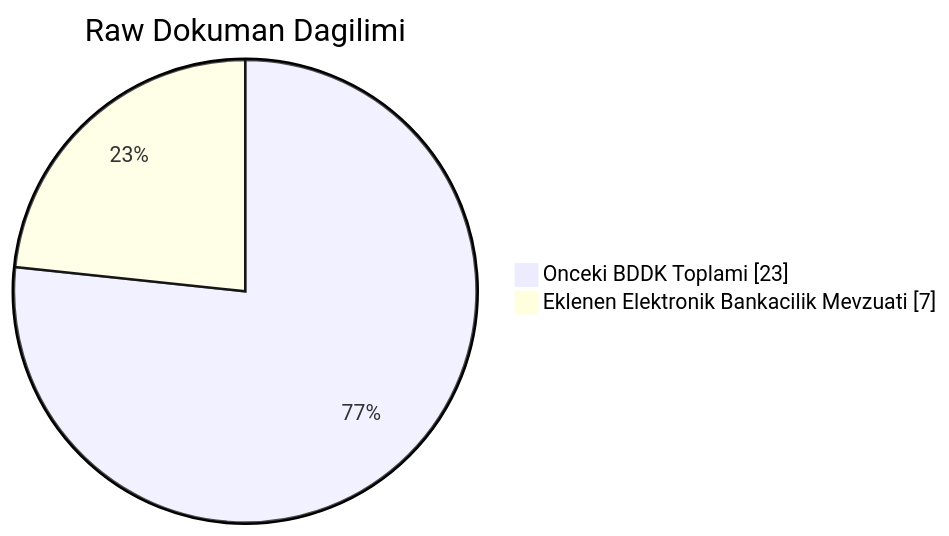
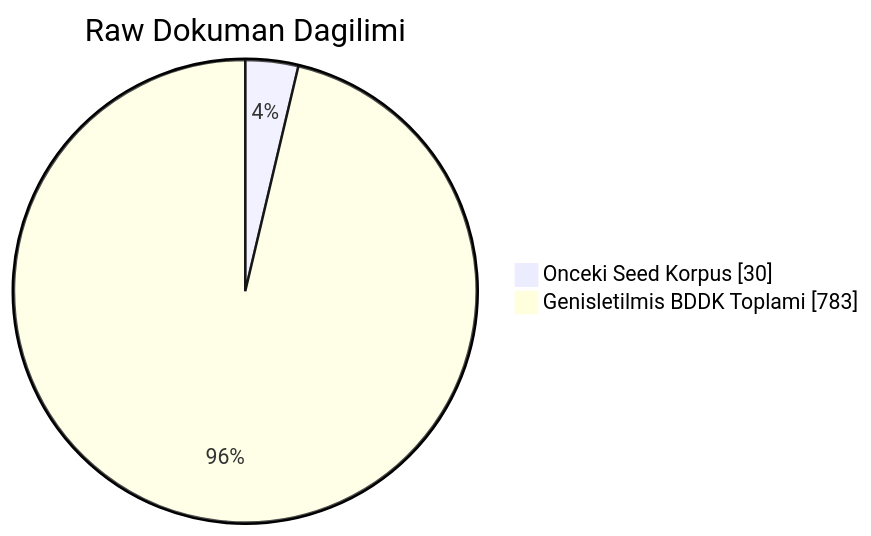
The second of 2 diagrams in README.md (mertinandogan/turkish-legal-banking-text-simplification), drawn with Mermaid before and after one commit. The commit also changed other lines of this file, not shown here.

````diff
--- a/README.md
+++ b/README.md
@@ -40,6 +40,6 @@
 ```mermaid
 pie showData
   title Raw Dokuman Dagilimi
-  "Onceki BDDK Toplami" : 23
-  "Eklenen Elektronik Bankacilik Mevzuati" : 7
+  "Onceki Seed Korpus" : 30
+  "Genisletilmis BDDK Toplami" : 783
 ```
````
